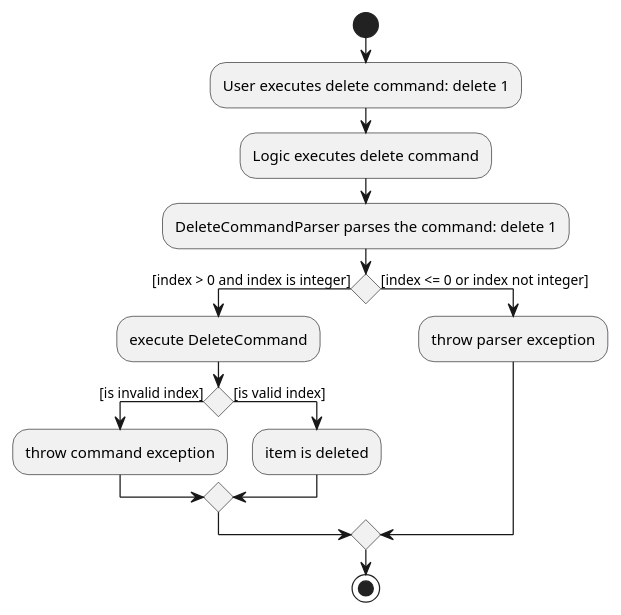
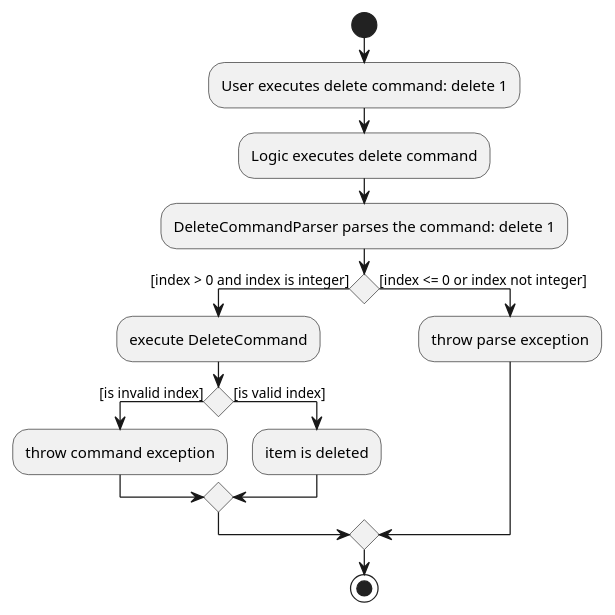
Before and after one commit to nus-cs2103-AY2021S1/tp: the diagram in docs/images/DeleteCommandActivityDiagram.puml, drawn with PlantUML. The commit also changed 3 other files, not shown here.

```diff
--- a/docs/images/DeleteCommandActivityDiagram.puml
+++ b/docs/images/DeleteCommandActivityDiagram.puml
@@ -1,24 +1,24 @@
 @startuml
 start
 :User executes delete command: delete 1;
 :Logic executes delete command;
 :DeleteCommandParser parses the command: delete 1;
 
 if () then ([index > 0 and index is integer])
 :execute DeleteCommand;
 
         if () then ([is invalid index])
         :throw command exception;
 
         else ([is valid index])
         :item is deleted;
 
         endif
 
 else ([index <= 0 or index not integer])
-    :throw parser exception;
+    :throw parse exception;
 
 endif
 stop
 
 @enduml
```
